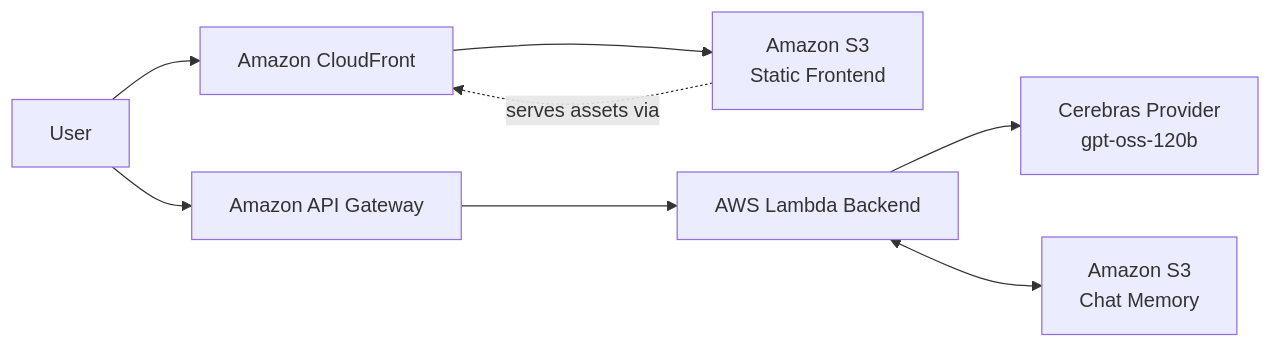
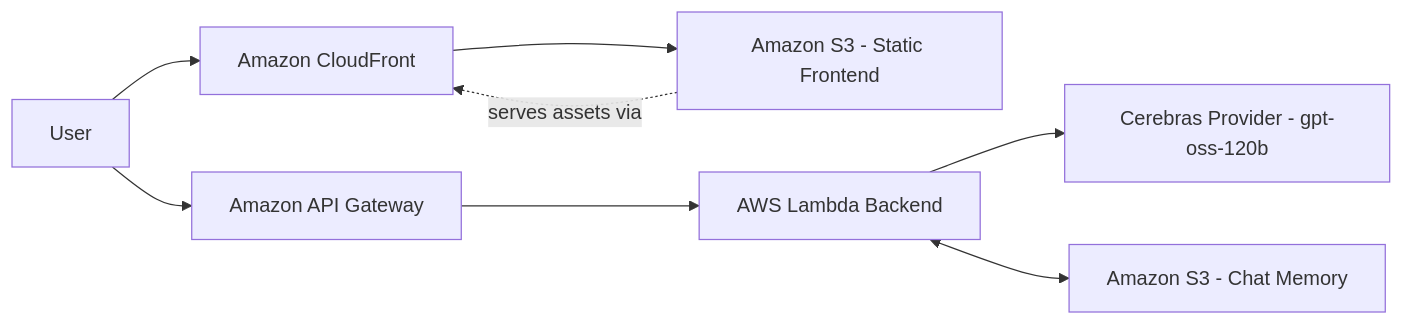
One commit to mlahmadmostafa/My-AI-Twin changed the diagram in README.md. Above: the diagram before and after it, drawn with Mermaid.

````diff
--- a/README.md
+++ b/README.md
@@ -14,13 +14,13 @@
 ```mermaid
 flowchart LR
     U[User] --> CF[Amazon CloudFront]
-    CF --> S3FE[Amazon S3\nStatic Frontend]
+    CF --> S3FE[Amazon S3 - Static Frontend]
 
     U --> APIGW[Amazon API Gateway]
     APIGW --> L[AWS Lambda Backend]
 
-    L --> C[Cerebras Provider\ngpt-oss-120b]
-    L <--> S3MEM[Amazon S3\nChat Memory]
+    L --> C[Cerebras Provider - gpt-oss-120b]
+    L <--> S3MEM[Amazon S3 - Chat Memory]
 
     S3FE -. serves assets via .-> CF
 ```
````
